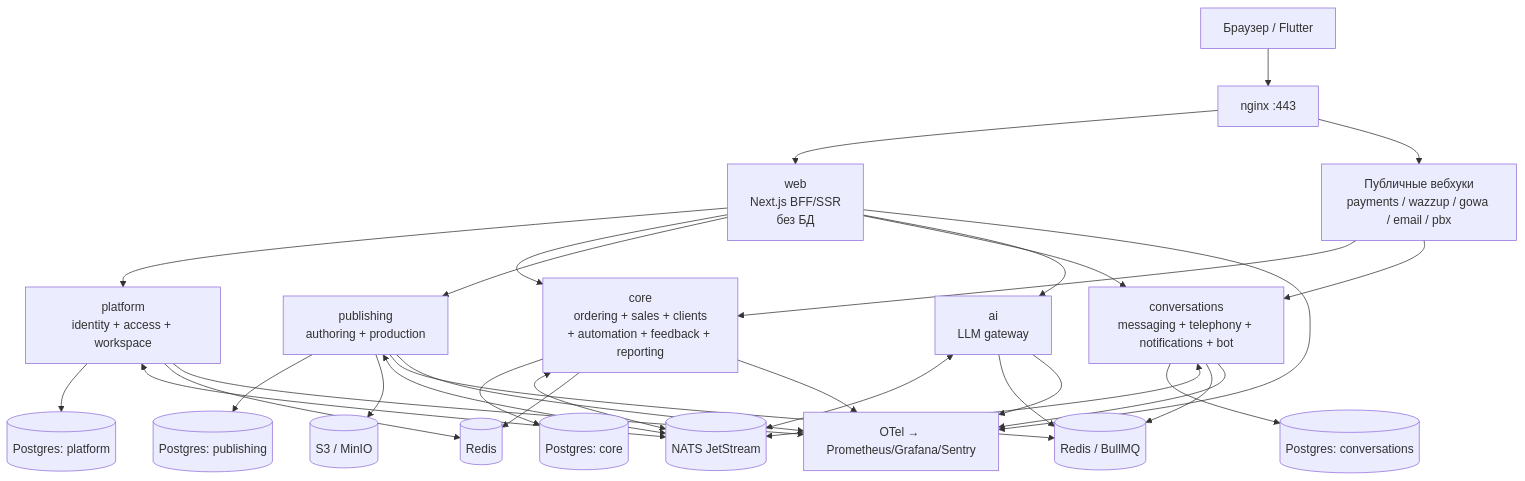
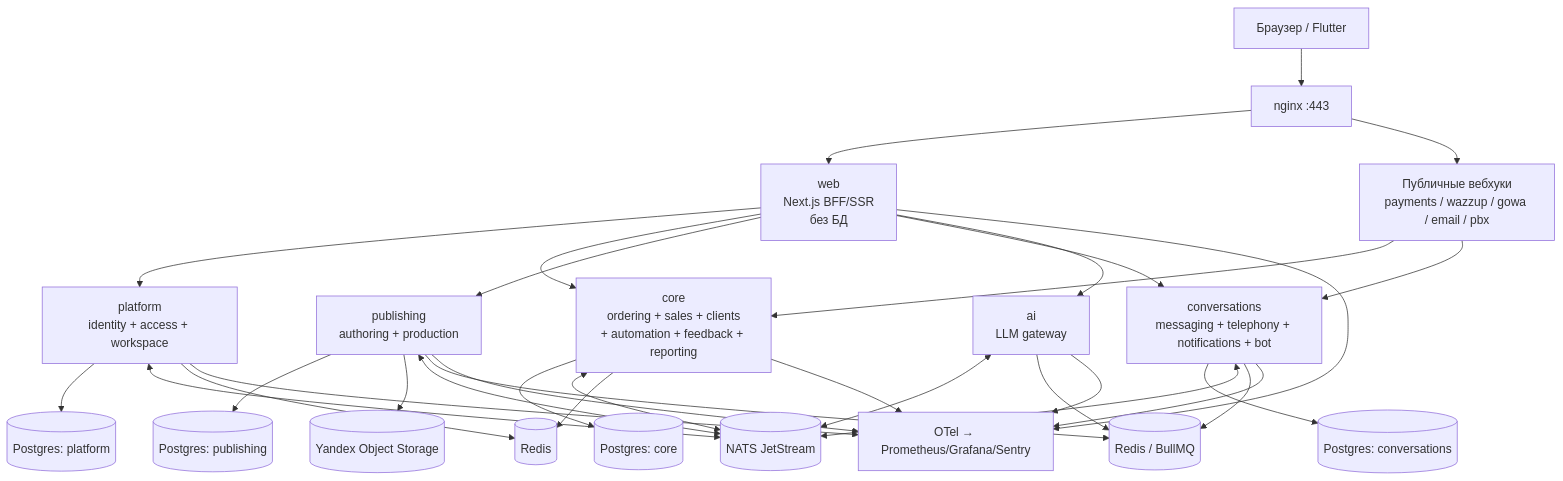
Before and after one commit to sanjuniperodee/MyBook: the diagram in docs/microservices/02-target-architecture.md, drawn with Mermaid. The commit also changed other lines of this file and 61 other files, not shown here.

````diff
--- a/docs/microservices/02-target-architecture.md
+++ b/docs/microservices/02-target-architecture.md
@@ -26,34 +26,34 @@
 ```mermaid
 flowchart TB
   U["Браузер / Flutter"] --> N["nginx :443"]
   N --> W["web<br/>Next.js BFF/SSR<br/>без БД"]
   N --> WH["Публичные вебхуки<br/>payments / wazzup / gowa / email / pbx"]
   W --> PL["platform<br/>identity + access + workspace"]
   W --> CO["core<br/>ordering + sales + clients<br/>+ automation + feedback + reporting"]
   W --> PB["publishing<br/>authoring + production"]
   W --> CV["conversations<br/>messaging + telephony + notifications + bot"]
   W --> AI["ai<br/>LLM gateway"]
   WH --> CO
   WH --> CV
   CO --> DB1[("Postgres: core")]
   PL --> DB2[("Postgres: platform")]
   PB --> DB3[("Postgres: publishing")]
   CV --> DB4[("Postgres: conversations")]
-  PB --> S3[("S3 / MinIO")]
+  PB --> S3[("Yandex Object Storage")]
   CO <--> MQ[("NATS JetStream")]
   PL <--> MQ
   PB <--> MQ
   CV <--> MQ
   AI <--> MQ
   PB --> RQ[("Redis / BullMQ")]
   CV --> RQ
   AI --> RQ
   CO --> RD[("Redis")]
   PL --> RD
   W --> OTEL["OTel → Prometheus/Grafana/Sentry"]
   CO --> OTEL
   PB --> OTEL
   CV --> OTEL
   PL --> OTEL
   AI --> OTEL
 ```
````
